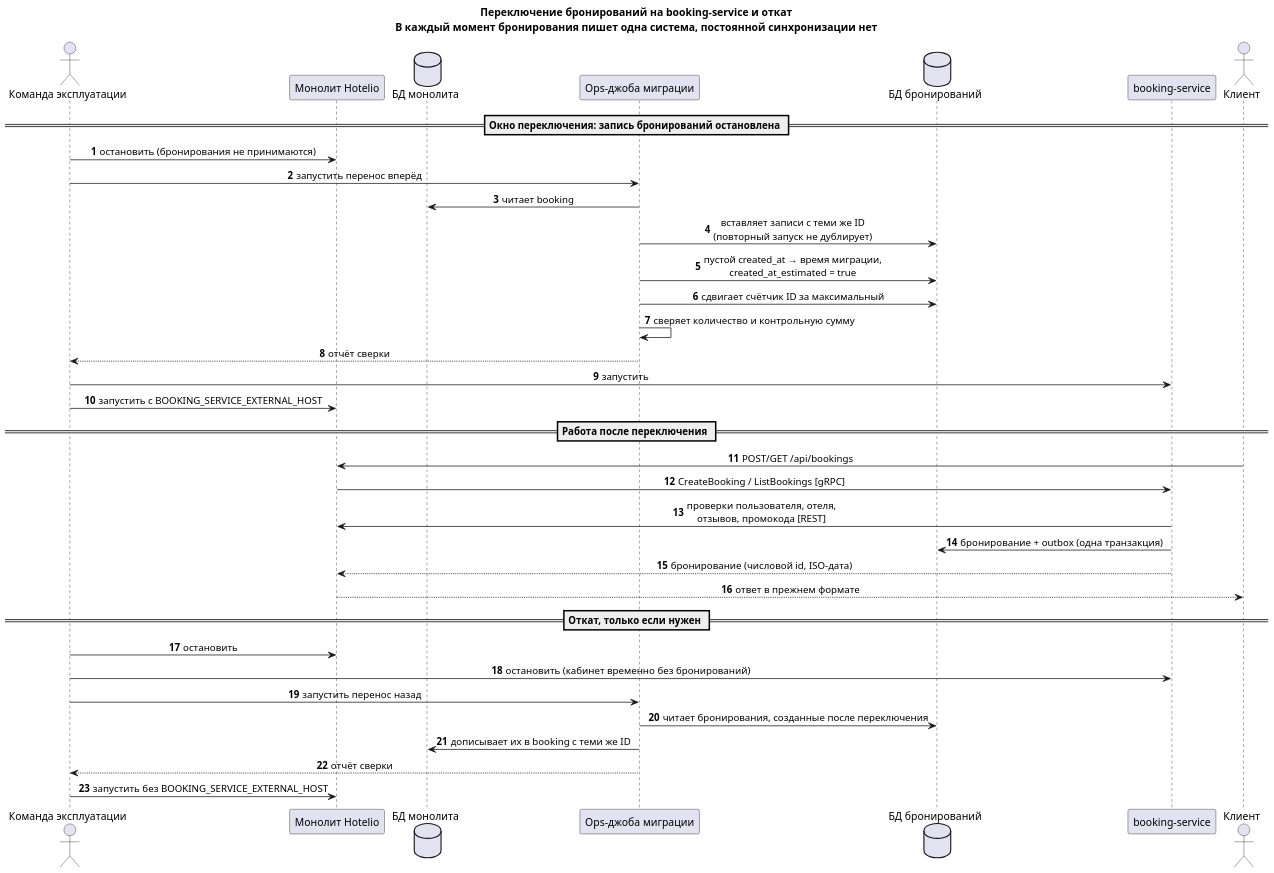
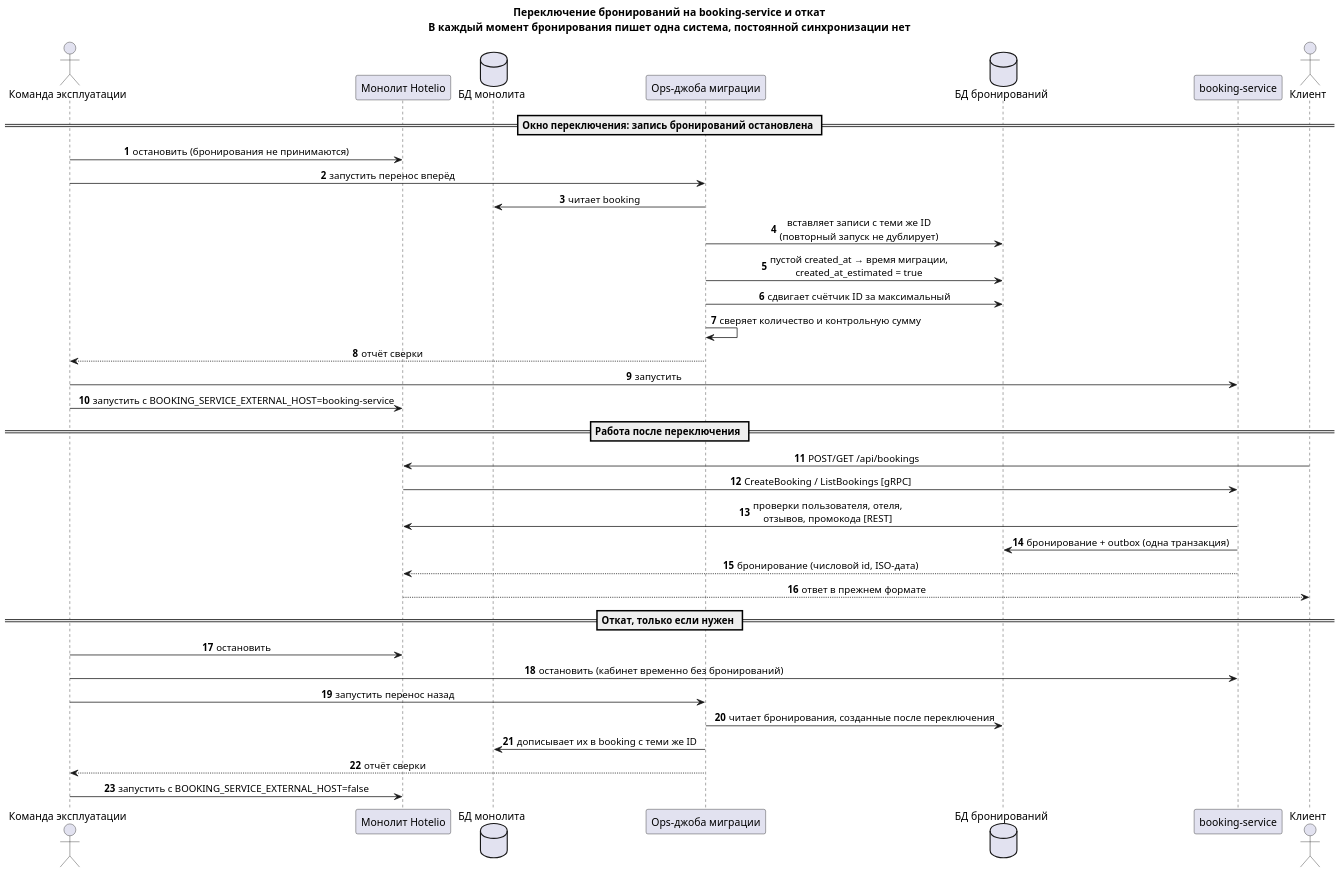
The diagram in tasks/task1/results/diagrams/cutover-sequence.puml (rozhkovsvyat/msa-sprint2), drawn with PlantUML before and after one commit. The commit also changed 8 other files, not shown here.

Commit message:
AI-LOG и схемы задания 1: решения автора по журналу, откат прокси через false, подписи без наложений

```diff
--- a/tasks/task1/results/diagrams/cutover-sequence.puml
+++ b/tasks/task1/results/diagrams/cutover-sequence.puml
@@ -1,47 +1,47 @@
 @startuml
 skinparam defaultFontName Arial
 skinparam dpi 130
 skinparam sequenceMessageAlign center
 skinparam responseMessageBelowArrow true
 autonumber
 
 title
 Переключение бронирований на booking-service и откат
 В каждый момент бронирования пишет одна система, постоянной синхронизации нет
 end title
 
 actor "Команда эксплуатации" as ops
 participant "Монолит Hotelio" as mono
 database "БД монолита" as mdb
 participant "Ops-джоба миграции" as job
 database "БД бронирований" as bdb
 participant "booking-service" as bs
 actor "Клиент" as client
 
 == Окно переключения: запись бронирований остановлена ==
 ops -> mono : остановить (бронирования не принимаются)
 ops -> job : запустить перенос вперёд
 job -> mdb : читает booking
 job -> bdb : вставляет записи с теми же ID\n(повторный запуск не дублирует)
 job -> bdb : пустой created_at → время миграции,\ncreated_at_estimated = true
 job -> bdb : сдвигает счётчик ID за максимальный
 job -> job : сверяет количество и контрольную сумму
 job --> ops : отчёт сверки
 ops -> bs : запустить
-ops -> mono : запустить с BOOKING_SERVICE_EXTERNAL_HOST
+ops -> mono : запустить с BOOKING_SERVICE_EXTERNAL_HOST=booking-service
 == Работа после переключения ==
 client -> mono : POST/GET /api/bookings
 mono -> bs : CreateBooking / ListBookings [gRPC]
 bs -> mono : проверки пользователя, отеля,\nотзывов, промокода [REST]
 bs -> bdb : бронирование + outbox (одна транзакция)
 bs --> mono : бронирование (числовой id, ISO-дата)
 mono --> client : ответ в прежнем формате
 == Откат, только если нужен ==
 ops -> mono : остановить
 ops -> bs : остановить (кабинет временно без бронирований)
 ops -> job : запустить перенос назад
 job -> bdb : читает бронирования, созданные после переключения
 job -> mdb : дописывает их в booking с теми же ID
 job --> ops : отчёт сверки
-ops -> mono : запустить без BOOKING_SERVICE_EXTERNAL_HOST
+ops -> mono : запустить с BOOKING_SERVICE_EXTERNAL_HOST=false
 @enduml
```
